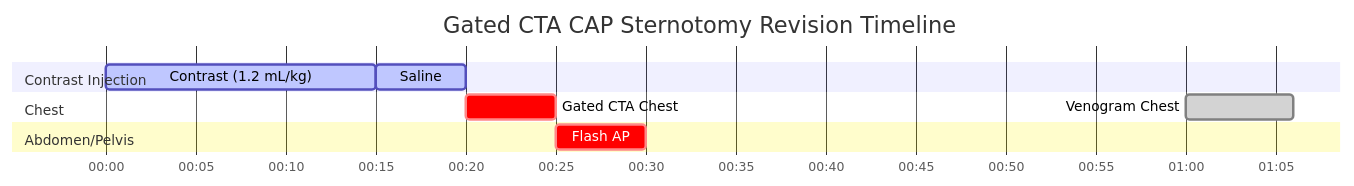
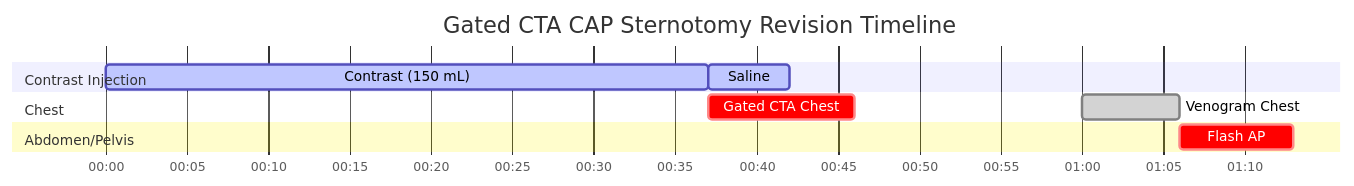
One commit to dfergs93/radiology-protocols changed the diagram in docs/ct/cardiac/gated-cta-cap-sternotomy-revision.md. Above: the diagram before and after it, drawn with Mermaid. The commit also changed other lines of this file and 85 other files, not shown here.

Commit message:
Regenerate protocol markdown files with acquisition-diagram placeholder

````diff
--- a/docs/ct/cardiac/gated-cta-cap-sternotomy-revision.md
+++ b/docs/ct/cardiac/gated-cta-cap-sternotomy-revision.md
@@ -87,21 +86,21 @@
   ```mermaid
   ---
   displayMode: compact
   config:
     theme: default
     themeCSS: " #Saline{ fill: #4ed5ff; stroke: #2094f3; } "
   ---
     gantt
       title Gated CTA CAP Sternotomy Revision Timeline
       dateFormat mm:ss
       axisFormat %M:%S 
       
       section Contrast Injection
-      Contrast (1.2 mL/kg)    :active, contrast, 00:00, 15s
+      Contrast (150 mL)    :active, contrast, 00:00, 37s
       Saline          :active, saline, after contrast, 5s
       section Chest
-      Gated CTA Chest    :crit, scan1, after saline, 5s
+      Gated CTA Chest    :crit, scan1, after contrast, 9.0s
       Venogram Chest    :done, scan2, 01:00, 6s
       section Abdomen/Pelvis
-      Flash AP    :crit, scan3, after scan1, 5s
+      Flash AP    :crit, scan3, after scan2, 7s
   ```
````
